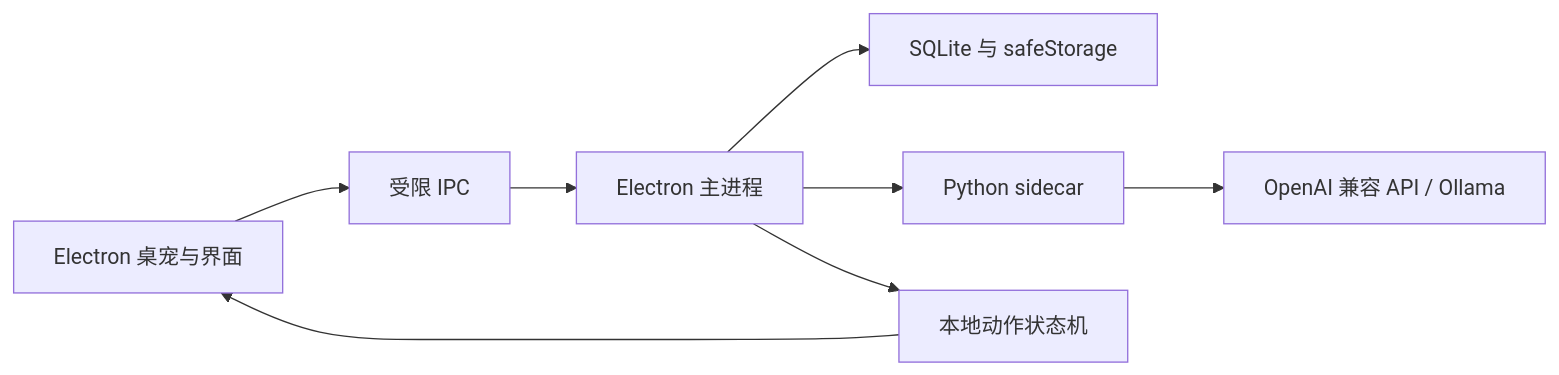
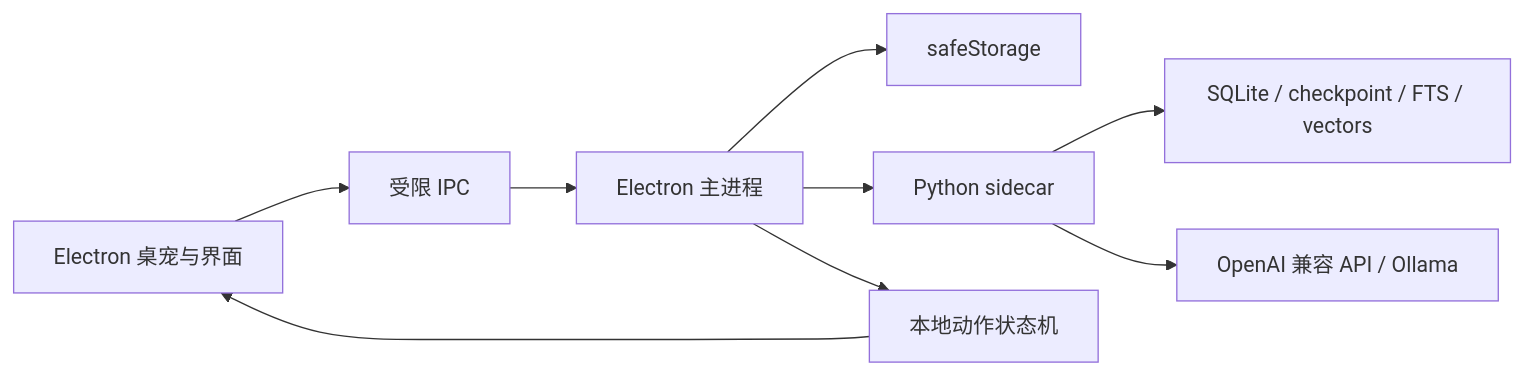
The diagram in README.md (DoubleYellow-key/Everby), drawn with Mermaid before and after one commit. The commit also changed other lines of this file and 39 other files, not shown here.

````diff
--- a/README.md
+++ b/README.md
@@ -62,10 +63,11 @@
 ```mermaid
 flowchart LR
     UI["Electron 桌宠与界面"] --> IPC["受限 IPC"]
     IPC --> MAIN["Electron 主进程"]
-    MAIN --> DB["SQLite 与 safeStorage"]
+    MAIN --> SECRET["safeStorage"]
     MAIN --> AGENT["Python sidecar"]
+    AGENT --> DB["SQLite / checkpoint / FTS / vectors"]
     AGENT --> MODEL["OpenAI 兼容 API / Ollama"]
     MAIN --> MOTION["本地动作状态机"]
     MOTION --> UI
 ```
````
